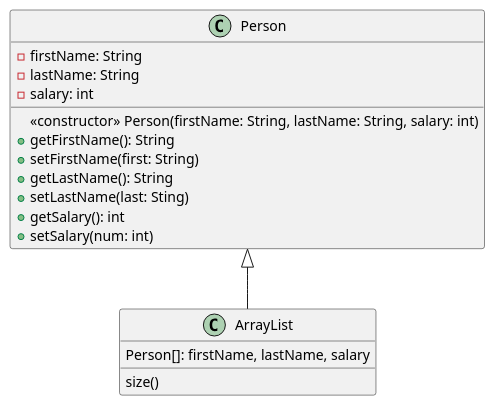
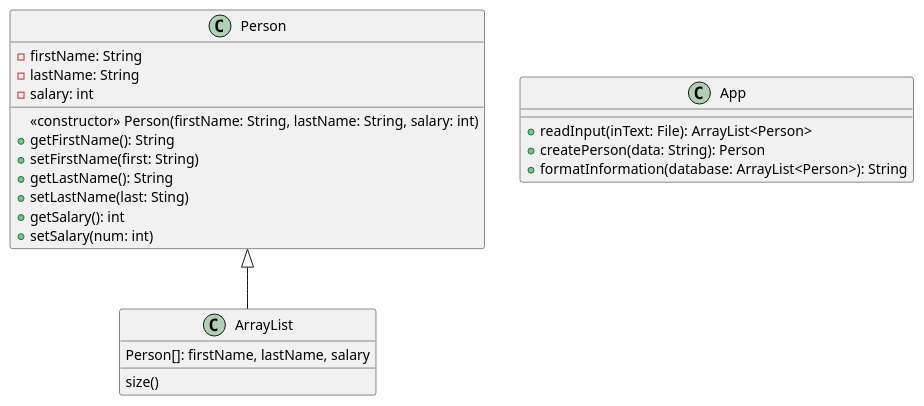
One commit to ashley-m0/OOP-Practice-Problems-Part2 changed the diagram in src/main/java/ex42/ex42plan.puml. Above: the diagram before and after it, drawn with PlantUML. The commit also changed 4 other files, not shown here.

```diff
--- a/src/main/java/ex42/ex42plan.puml
+++ b/src/main/java/ex42/ex42plan.puml
@@ -1,26 +1,32 @@
 @startuml
 'https://plantuml.com/class-diagram
 
 Person <|-- ArrayList
+
+class App{
+    + readInput(inText: File): ArrayList<Person>
+    + createPerson(data: String): Person
+    + formatInformation(database: ArrayList<Person>): String
+}
 
 class ArrayList {
 Person[]: firstName, lastName, salary
 size()
 }
 
 class Person{
     - firstName: String
     - lastName: String
     - salary: int
 
     <<constructor>> Person(firstName: String, lastName: String, salary: int)
     + getFirstName(): String
     + setFirstName(first: String)
     + getLastName(): String
     + setLastName(last: Sting)
     + getSalary(): int
     + setSalary(num: int)
 }
 
 
 @enduml
```
